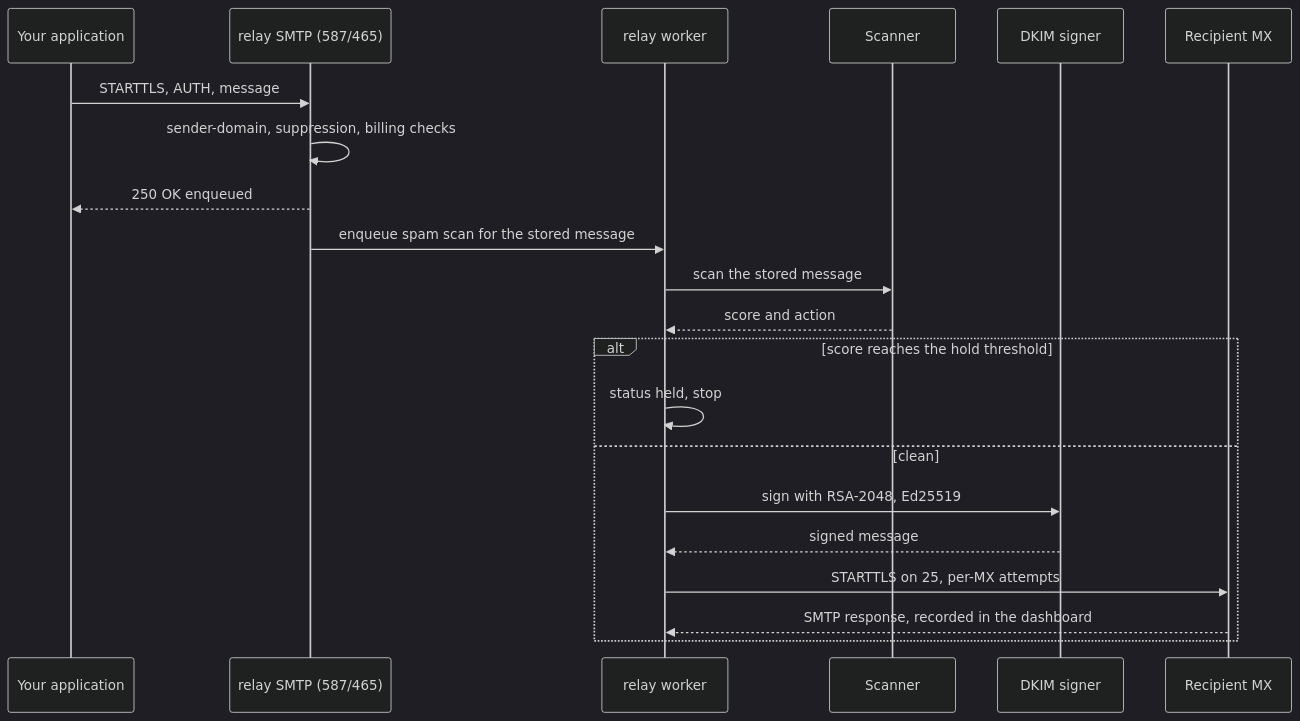
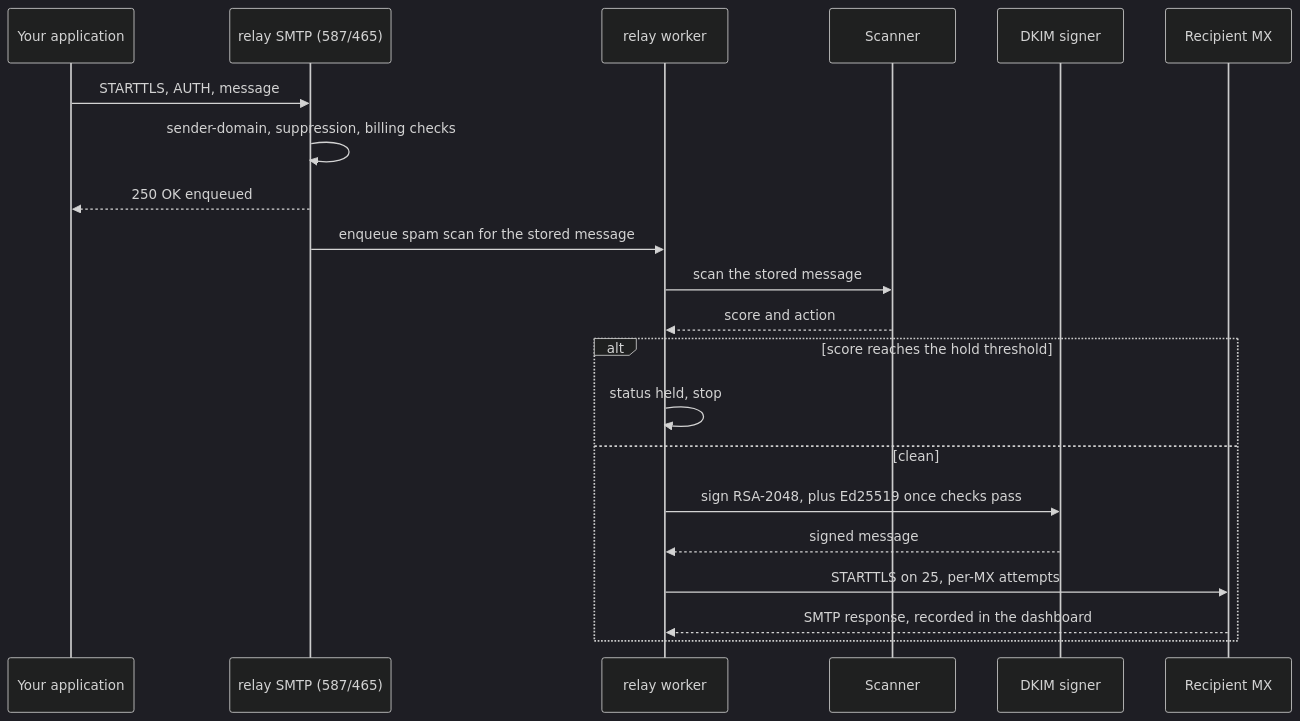
Before and after one commit to codingjoe/relay: the diagram in docs/docs/deliverability.md, drawn with Mermaid (dark theme). The commit also changed other lines of this file and 21 other files, not shown here.

````diff
--- a/docs/docs/deliverability.md
+++ b/docs/docs/deliverability.md
@@ -57,24 +64,24 @@
 ```mermaid
 sequenceDiagram
     participant App as Your application
     participant MSA as relay SMTP (587/465)
     participant Worker as relay worker
     participant Scan as Scanner
     participant Sign as DKIM signer
     participant Remote as Recipient MX
 
     App->>MSA: STARTTLS, AUTH, message
     MSA->>MSA: sender-domain, suppression, billing checks
     MSA-->>App: 250 OK enqueued
     MSA->>Worker: enqueue spam scan for the stored message
     Worker->>Scan: scan the stored message
     Scan-->>Worker: score and action
     alt score reaches the hold threshold
         Worker->>Worker: status held, stop
     else clean
-        Worker->>Sign: sign with RSA-2048, Ed25519
+        Worker->>Sign: sign RSA-2048, plus Ed25519 once checks pass
         Sign-->>Worker: signed message
         Worker->>Remote: STARTTLS on 25, per-MX attempts
         Remote-->>Worker: SMTP response, recorded in the dashboard
     end
 ```
````
